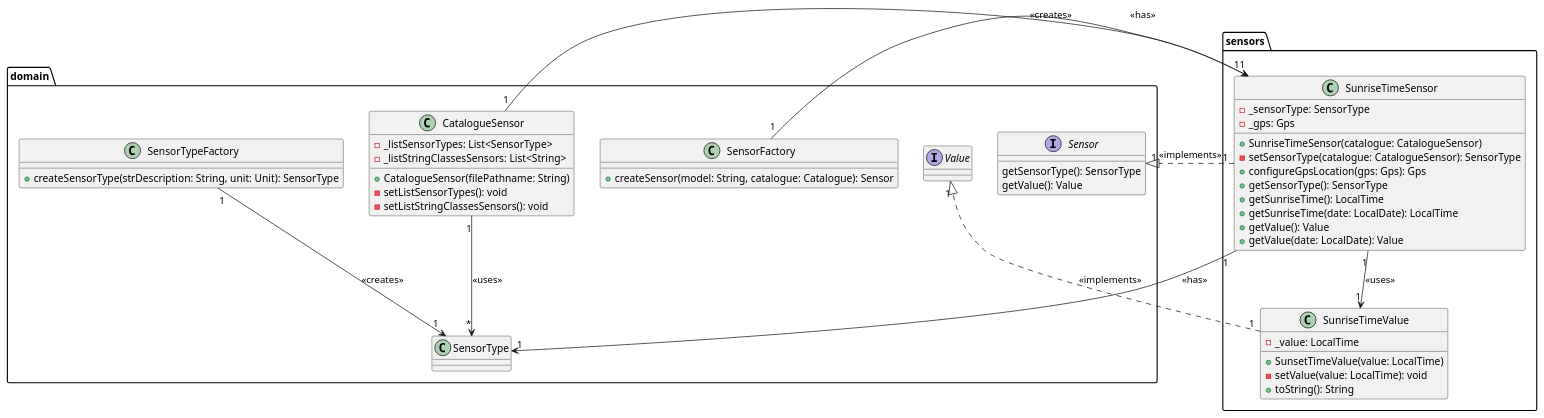
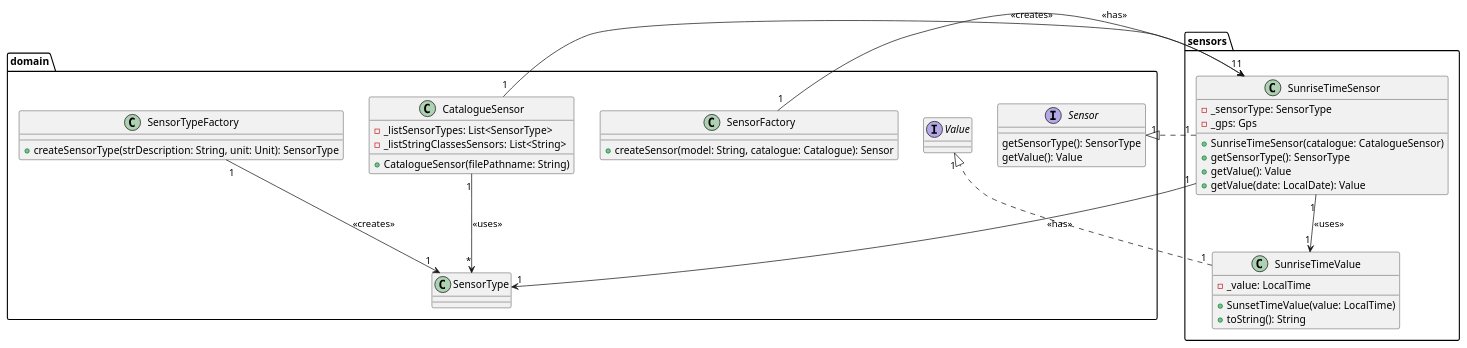
Before and after one commit to olivDiogo/SmartHome: the diagram in docs/ood/classDiagram/US20SunriseTimeSensor.puml, drawn with PlantUML.

Commit message:
#8 class diagram updated

```diff
--- a/docs/ood/classDiagram/US20SunriseTimeSensor.puml
+++ b/docs/ood/classDiagram/US20SunriseTimeSensor.puml
@@ -1,79 +1,71 @@
 @startuml
 package domain{
-     class CatalogueSensor{
-        'Attributes'
-        - _listSensorTypes: List<SensorType>
-        - _listStringClassesSensors: List<String>
+class CatalogueSensor{
+'Attributes'
+- _listSensorTypes: List<SensorType>
+- _listStringClassesSensors: List<String>
 
-        'Methods'
-        +CatalogueSensor(filePathname: String)
-        -setListSensorTypes(): void
-        -setListStringClassesSensors(): void
-        }
+'Methods'
++CatalogueSensor(filePathname: String)
+}
 
-        class SensorType {
+class SensorType {
+}
 
-        }
+interface Sensor{
+'Methods'
+getSensorType(): SensorType
+getValue(): Value
+}
 
-    interface Sensor{
-        'Methods'
-        getSensorType(): SensorType
-        getValue(): Value
-        }
+interface Value{
+}
 
-        interface Value{
-        }
+class SensorFactory {
+'Methods'
++createSensor(model: String, catalogue: Catalogue): Sensor
+}
 
-        class SensorFactory {
-        'Methods'
-        +createSensor(model: String, catalogue: Catalogue): Sensor
-        }
-
-        class SensorTypeFactory {
-        'Methods'
-        +createSensorType(strDescription: String, unit: Unit): SensorType
-        }
+class SensorTypeFactory {
+'Methods'
++createSensorType(strDescription: String, unit: Unit): SensorType
+}
 }
 
 package sensors{
 
 class SunriseTimeValue{
 'Attributes'
 - _value: LocalTime
 
 'Methods'
 +SunsetTimeValue(value: LocalTime)
--setValue(value: LocalTime): void
 +toString(): String
 }
-    class SunriseTimeSensor{
-    'Attributes'
-    - _sensorType: SensorType
-    - _gps: Gps
+class SunriseTimeSensor{
+'Attributes'
+- _sensorType: SensorType
+- _gps: Gps
 
-    'Methods'
-    +SunriseTimeSensor(catalogue: CatalogueSensor)
-    -setSensorType(catalogue: CatalogueSensor): SensorType
-    +configureGpsLocation(gps: Gps): Gps
-    +getSensorType(): SensorType
-    +getSunriseTime(): LocalTime
-    +getSunriseTime(date: LocalDate): LocalTime
-    +getValue(): Value
-    +getValue(date: LocalDate): Value
-    }
+'Methods'
++SunriseTimeSensor(catalogue: CatalogueSensor)
++getSensorType(): SensorType
++getValue(): Value
++getValue(date: LocalDate): Value
+}
 }
 
 
 
 SensorFactory "1" --> "1" SunriseTimeSensor : <<creates>>
 SunriseTimeSensor "1" --> "1" SensorType : <<has>>
 SunriseTimeSensor "1" --> "1" SunriseTimeValue : <<uses>>
-SunriseTimeSensor "1" ..|> "1" Sensor: <<implements>>
+SunriseTimeSensor "1" ..|> "1" Sensor
 
 CatalogueSensor "1" --> "1" SunriseTimeSensor : <<has>>
 CatalogueSensor "1" --> "*" SensorType : <<uses>>
-SunriseTimeValue "1" ..|> "1" Value: <<implements>>
+SunriseTimeValue "1" ..|> "1" Value
 SensorTypeFactory "1" --> "1" SensorType : <<creates>>
 
 
 @enduml
```
